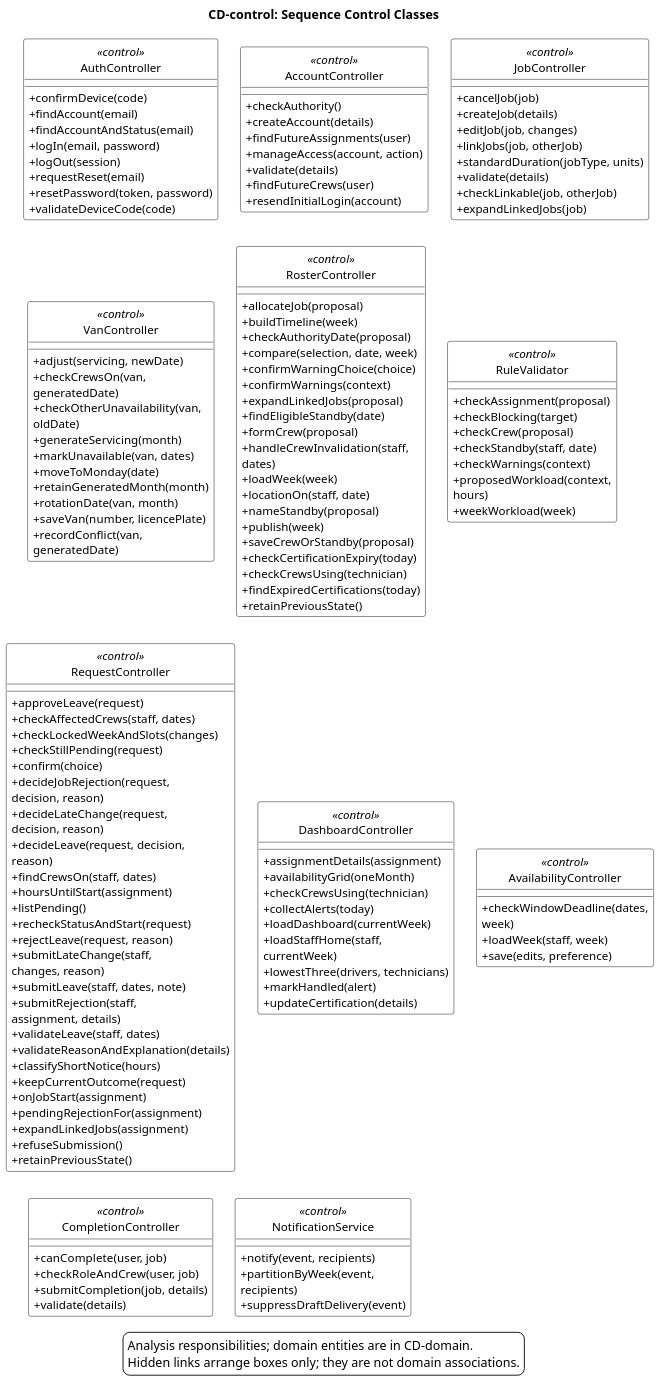
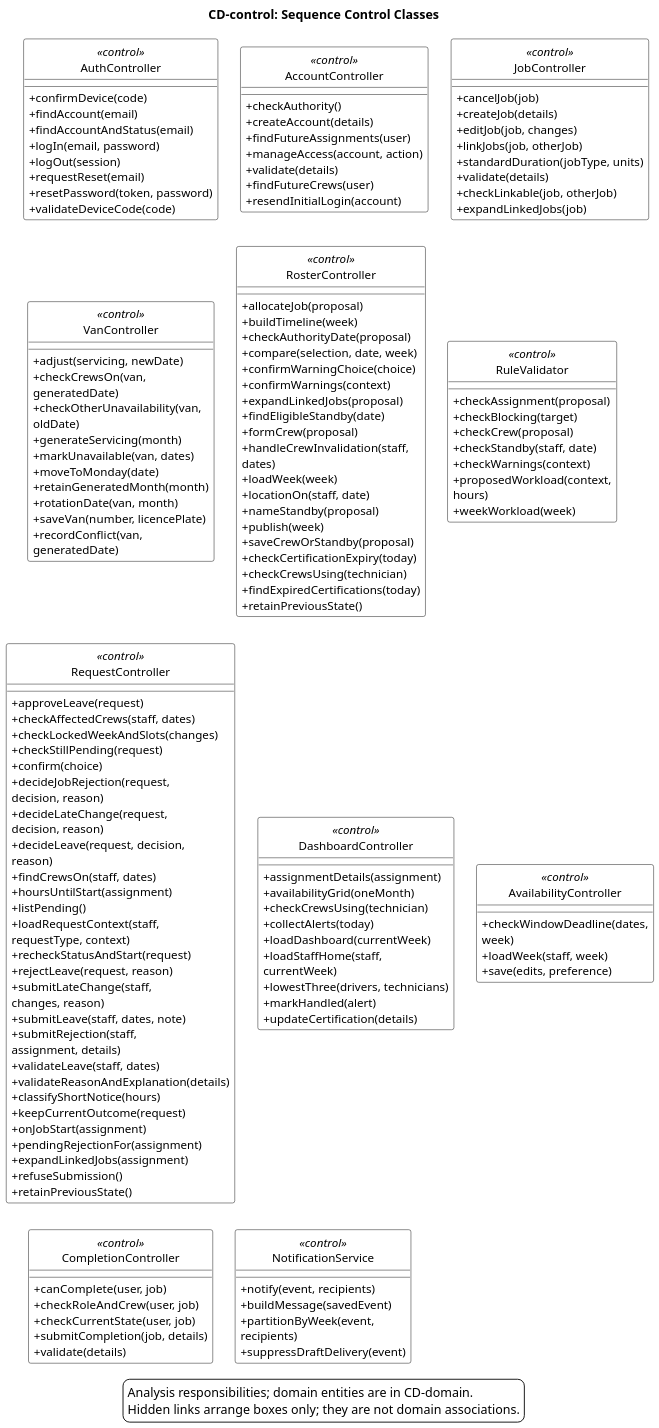
One commit to ZadeNova/inf2001-SE changed the diagram in diagrams/CD-control.puml. Above: the diagram before and after it, drawn with PlantUML. The commit also changed 23 other files, not shown here.

```diff
--- a/diagrams/CD-control.puml
+++ b/diagrams/CD-control.puml
@@ -1,160 +1,164 @@
 @startuml CD-control
 skinparam backgroundColor white
 skinparam shadowing false
 skinparam defaultFontName Arial
 skinparam defaultFontSize 13
 skinparam dpi 150
 skinparam classAttributeIconSize 0
 skinparam classBackgroundColor white
 skinparam classBorderColor black
 skinparam packageBackgroundColor white
 skinparam linetype ortho
 skinparam nodesep 25
 skinparam ranksep 30
 skinparam wrapWidth 210
 hide circle
 title CD-control: Sequence Control Classes
+' Current questionnaire refinements: DEC-69; UC-12/14/15.
 ' Traces: UC-01 to UC-15; CL IDs in traceability.md.
 ' Round-3 sources: DEC-66, DEC-67, DEC-68.
 ' Round-2 sources: DEC-58, DEC-59, DEC-60, DEC-63.
 ' Sources: DEC-53, DEC-55, DEC-56; adopted sequence-diagram review.
 class AuthController <<control>> {
  +confirmDevice(code)
  +findAccount(email)
  +findAccountAndStatus(email)
  +logIn(email, password)
  +logOut(session)
  +requestReset(email)
  +resetPassword(token, password)
  +validateDeviceCode(code)
 }
 class AccountController <<control>> {
  +checkAuthority()
  +createAccount(details)
  +findFutureAssignments(user)
  +manageAccess(account, action)
  +validate(details)
  +findFutureCrews(user)
  +resendInitialLogin(account)
 }
 class JobController <<control>> {
  +cancelJob(job)
  +createJob(details)
  +editJob(job, changes)
  +linkJobs(job, otherJob)
  +standardDuration(jobType, units)
  +validate(details)
  +checkLinkable(job, otherJob)
  +expandLinkedJobs(job)
 }
 class VanController <<control>> {
  +adjust(servicing, newDate)
  +checkCrewsOn(van, generatedDate)
  +checkOtherUnavailability(van, oldDate)
  +generateServicing(month)
  +markUnavailable(van, dates)
  +moveToMonday(date)
  +retainGeneratedMonth(month)
  +rotationDate(van, month)
  +saveVan(number, licencePlate)
  +recordConflict(van, generatedDate)
 }
 class RosterController <<control>> {
  +allocateJob(proposal)
  +buildTimeline(week)
  +checkAuthorityDate(proposal)
  +compare(selection, date, week)
  +confirmWarningChoice(choice)
  +confirmWarnings(context)
  +expandLinkedJobs(proposal)
  +findEligibleStandby(date)
  +formCrew(proposal)
  +handleCrewInvalidation(staff, dates)
  +loadWeek(week)
  +locationOn(staff, date)
  +nameStandby(proposal)
  +publish(week)
  +saveCrewOrStandby(proposal)
  +checkCertificationExpiry(today)
  +checkCrewsUsing(technician)
  +findExpiredCertifications(today)
  +retainPreviousState()
 }
 class RuleValidator <<control>> {
  +checkAssignment(proposal)
  +checkBlocking(target)
  +checkCrew(proposal)
  +checkStandby(staff, date)
  +checkWarnings(context)
  +proposedWorkload(context, hours)
  +weekWorkload(week)
 }
 class RequestController <<control>> {
  +approveLeave(request)
  +checkAffectedCrews(staff, dates)
  +checkLockedWeekAndSlots(changes)
  +checkStillPending(request)
  +confirm(choice)
  +decideJobRejection(request, decision, reason)
  +decideLateChange(request, decision, reason)
  +decideLeave(request, decision, reason)
  +findCrewsOn(staff, dates)
  +hoursUntilStart(assignment)
  +listPending()
+ +loadRequestContext(staff, requestType, context)
  +recheckStatusAndStart(request)
  +rejectLeave(request, reason)
  +submitLateChange(staff, changes, reason)
  +submitLeave(staff, dates, note)
  +submitRejection(staff, assignment, details)
  +validateLeave(staff, dates)
  +validateReasonAndExplanation(details)
  +classifyShortNotice(hours)
  +keepCurrentOutcome(request)
  +onJobStart(assignment)
  +pendingRejectionFor(assignment)
  +expandLinkedJobs(assignment)
  +refuseSubmission()
  +retainPreviousState()
 }
 class DashboardController <<control>> {
  +assignmentDetails(assignment)
  +availabilityGrid(oneMonth)
  +checkCrewsUsing(technician)
  +collectAlerts(today)
  +loadDashboard(currentWeek)
  +loadStaffHome(staff, currentWeek)
  +lowestThree(drivers, technicians)
  +markHandled(alert)
  +updateCertification(details)
 }
 class AvailabilityController <<control>> {
  +checkWindowDeadline(dates, week)
  +loadWeek(staff, week)
  +save(edits, preference)
 }
 class CompletionController <<control>> {
  +canComplete(user, job)
  +checkRoleAndCrew(user, job)
+ +checkCurrentState(user, job)
  +submitCompletion(job, details)
  +validate(details)
 }
 class NotificationService <<control>> {
  +notify(event, recipients)
+ +buildMessage(savedEvent)
  +partitionByWeek(event, recipients)
  +suppressDraftDelivery(event)
 }
 AuthController -[hidden]right-> AccountController
 AccountController -[hidden]right-> JobController
 AuthController -[hidden]down-> VanController
 VanController -[hidden]right-> RosterController
 RosterController -[hidden]right-> RuleValidator
 VanController -[hidden]down-> RequestController
 RequestController -[hidden]right-> DashboardController
 DashboardController -[hidden]right-> AvailabilityController
 RequestController -[hidden]down-> CompletionController
 CompletionController -[hidden]right-> NotificationService
 legend bottom
 Analysis responsibilities; domain entities are in CD-domain.
 Hidden links arrange boxes only; they are not domain associations.
 endlegend
 @enduml
```
